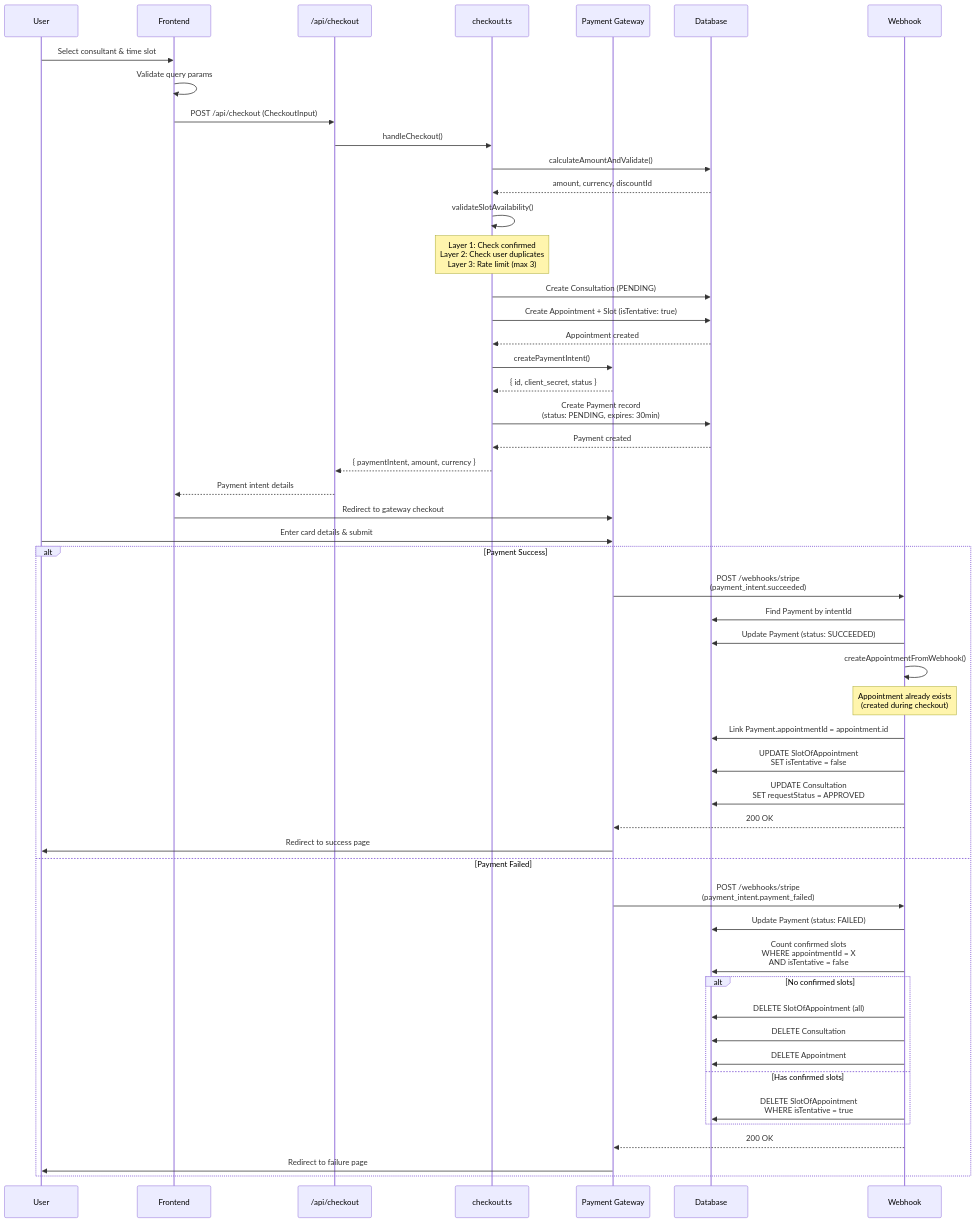
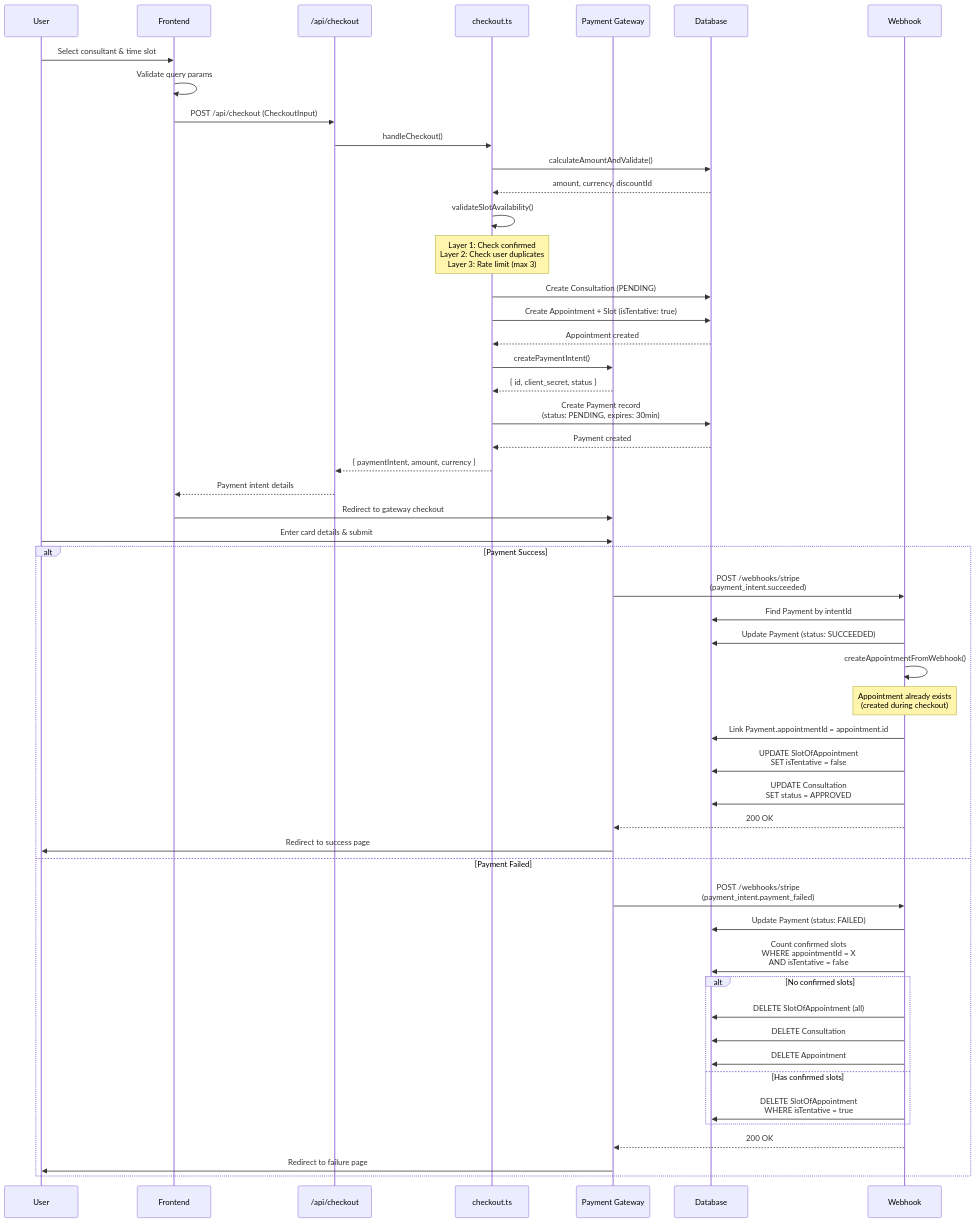
One commit to Practitionist/familiarise_web changed the first of 2 diagrams in docs/payments/checkout-flow/01-overview-and-consultation.md. Above: the diagram before and after it, drawn with Mermaid. The commit also changed other lines of this file and 56 other files, not shown here.

````diff
--- a/docs/payments/checkout-flow/01-overview-and-consultation.md
+++ b/docs/payments/checkout-flow/01-overview-and-consultation.md
@@ -550,63 +555,63 @@
 ```mermaid
 sequenceDiagram
     participant U as User
     participant FE as Frontend
     participant API as /api/checkout
     participant CO as checkout.ts
     participant PG as Payment Gateway
     participant DB as Database
     participant WH as Webhook
 
     U->>FE: Select consultant & time slot
     FE->>FE: Validate query params
     FE->>API: POST /api/checkout (CheckoutInput)
 
     API->>CO: handleCheckout()
     CO->>DB: calculateAmountAndValidate()
     DB-->>CO: amount, currency, discountId
 
     CO->>CO: validateSlotAvailability()
     Note over CO: Layer 1: Check confirmed<br/>Layer 2: Check user duplicates<br/>Layer 3: Rate limit (max 3)
 
     CO->>DB: Create Consultation (PENDING)
     CO->>DB: Create Appointment + Slot (isTentative: true)
     DB-->>CO: Appointment created
 
     CO->>PG: createPaymentIntent()
     PG-->>CO: { id, client_secret, status }
 
     CO->>DB: Create Payment record<br/>(status: PENDING, expires: 30min)
     DB-->>CO: Payment created
 
     CO-->>API: { paymentIntent, amount, currency }
     API-->>FE: Payment intent details
 
     FE->>PG: Redirect to gateway checkout
     U->>PG: Enter card details & submit
 
     alt Payment Success
         PG->>WH: POST /webhooks/stripe<br/>(payment_intent.succeeded)
         WH->>DB: Find Payment by intentId
         WH->>DB: Update Payment (status: SUCCEEDED)
         WH->>WH: createAppointmentFromWebhook()
         Note over WH: Appointment already exists<br/>(created during checkout)
         WH->>DB: Link Payment.appointmentId = appointment.id
         WH->>DB: UPDATE SlotOfAppointment<br/>SET isTentative = false
-        WH->>DB: UPDATE Consultation<br/>SET requestStatus = APPROVED
+        WH->>DB: UPDATE Consultation<br/>SET status = APPROVED
         WH-->>PG: 200 OK
         PG->>U: Redirect to success page
     else Payment Failed
         PG->>WH: POST /webhooks/stripe<br/>(payment_intent.payment_failed)
         WH->>DB: Update Payment (status: FAILED)
         WH->>DB: Count confirmed slots<br/>WHERE appointmentId = X<br/>AND isTentative = false
         alt No confirmed slots
             WH->>DB: DELETE SlotOfAppointment (all)
             WH->>DB: DELETE Consultation
             WH->>DB: DELETE Appointment
         else Has confirmed slots
             WH->>DB: DELETE SlotOfAppointment<br/>WHERE isTentative = true
         end
         WH-->>PG: 200 OK
         PG->>U: Redirect to failure page
     end
 ```
````
